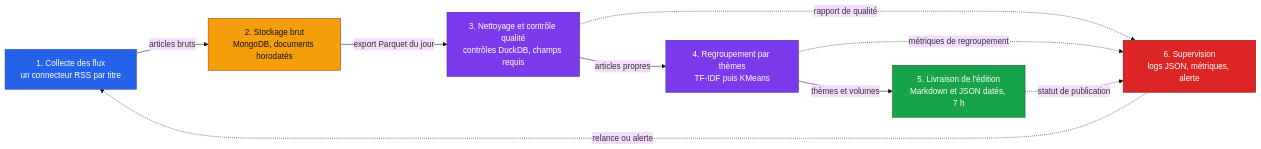
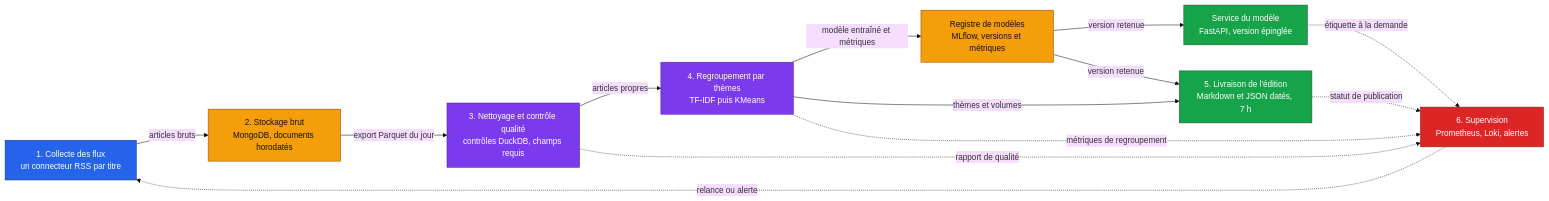
The diagram in docs/architecture.md (Adam-Blf/Projet-M2OPS), drawn with Mermaid (base theme) before and after one commit. The commit also changed other lines of this file and 2 other files, not shown here.

Commit message:
feat(stack): add MLflow model registry, FastAPI serving and full observability, map the ten TDs

````diff
--- a/docs/architecture.md
+++ b/docs/architecture.md
@@ -6,30 +7,36 @@
 ```mermaid
 flowchart LR
   S1["1. Collecte des flux<br/>un connecteur RSS par titre"]
   S2["2. Stockage brut<br/>MongoDB, documents horodatés"]
   S3["3. Nettoyage et contrôle qualité<br/>contrôles DuckDB, champs requis"]
   S4["4. Regroupement par thèmes<br/>TF-IDF puis KMeans"]
+  M1["Registre de modèles<br/>MLflow, versions et métriques"]
+  M2["Service du modèle<br/>FastAPI, version épinglée"]
   S5["5. Livraison de l'édition<br/>Markdown et JSON datés, 7 h"]
-  S6["6. Supervision<br/>logs JSON, métriques, alerte"]
+  S6["6. Supervision<br/>Prometheus, Loki, alertes"]
 
   S1 -->|articles bruts| S2
   S2 -->|export Parquet du jour| S3
   S3 -->|articles propres| S4
+  S4 -->|modèle entraîné et métriques| M1
+  M1 -->|version retenue| M2
+  M1 -->|version retenue| S5
   S4 -->|thèmes et volumes| S5
+  M2 -.->|étiquette à la demande| S6
   S3 -.->|rapport de qualité| S6
   S4 -.->|métriques de regroupement| S6
   S5 -.->|statut de publication| S6
   S6 -.->|relance ou alerte| S1
 
   classDef input fill:#2563eb,stroke:#1e3a8a,color:#fff
   classDef process fill:#7c3aed,stroke:#4c1d95,color:#fff
   classDef store fill:#f59e0b,stroke:#92400e,color:#111
   classDef ok fill:#16a34a,stroke:#14532d,color:#fff
   classDef error fill:#dc2626,stroke:#7f1d1d,color:#fff
 
   class S1 input
-  class S2 store
+  class S2,M1 store
   class S3,S4 process
-  class S5 ok
+  class S5,M2 ok
   class S6 error
 ```
````
